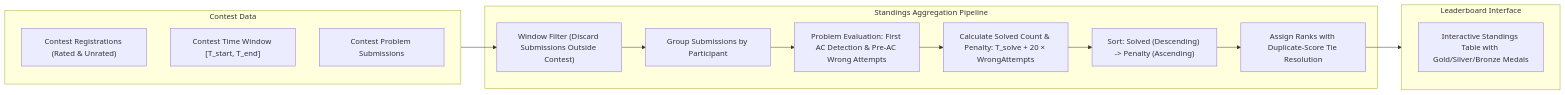
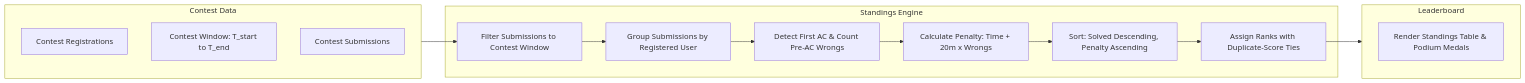
Before and after one commit to Master-Bruce-Wayne/Code-It-Up: the fourth of 5 diagrams in README.md, drawn with Mermaid. The commit also changed other lines of this file, not shown here.

First line of the commit message:
docs: modernize README with tech badges and fix Mermaid diagram syntax errors

````diff
--- a/README.md
+++ b/README.md
@@ -173,29 +206,29 @@
 ```mermaid
-graph LR
+flowchart LR
     subgraph InputData["Contest Data"]
-        Registrations["Contest Registrations (Rated & Unrated)"]
-        TimeBounds["Contest Time Window [T_start, T_end]"]
-        Submissions["Contest Problem Submissions"]
+        Registrations["Contest Registrations"]
+        TimeBounds["Contest Window: T_start to T_end"]
+        Submissions["Contest Submissions"]
     end
 
-    subgraph EvaluationPipeline["Standings Aggregation Pipeline"]
-        Filter["Window Filter (Discard Submissions Outside Contest)"]
-        UserGroup["Group Submissions by Participant"]
-        ProblemEval["Problem Evaluation: First AC Detection & Pre-AC Wrong Attempts"]
-        ScoreCalc["Calculate Solved Count & Penalty: T_solve + 20 × WrongAttempts"]
-        SortRanks["Sort: Solved (Descending) -> Penalty (Ascending)"]
-        AssignRanks["Assign Ranks with Duplicate-Score Tie Resolution"]
+    subgraph EvaluationPipeline["Standings Engine"]
+        Filter["Filter Submissions to Contest Window"]
+        UserGroup["Group Submissions by Registered User"]
+        ProblemEval["Detect First AC & Count Pre-AC Wrongs"]
+        ScoreCalc["Calculate Penalty: Time + 20m x Wrongs"]
+        SortRanks["Sort: Solved Descending, Penalty Ascending"]
+        AssignRanks["Assign Ranks with Duplicate-Score Ties"]
     end
 
-    subgraph OutputView["Leaderboard Interface"]
-        Table["Interactive Standings Table with Gold/Silver/Bronze Medals"]
+    subgraph OutputView["Leaderboard"]
+        Table["Render Standings Table & Podium Medals"]
     end
 
     InputData --> Filter
     Filter --> UserGroup
     UserGroup --> ProblemEval
     ProblemEval --> ScoreCalc
     ScoreCalc --> SortRanks
     SortRanks --> AssignRanks
     AssignRanks --> OutputView
 ```
````
